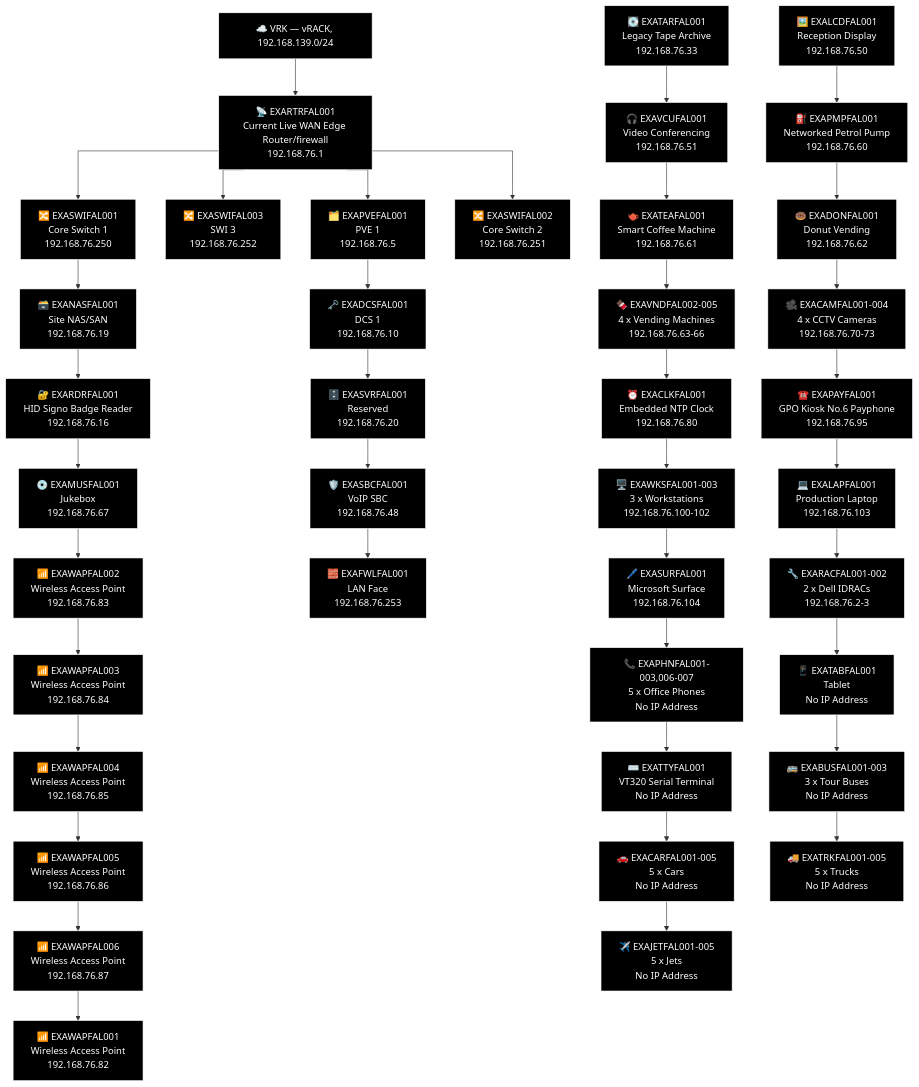
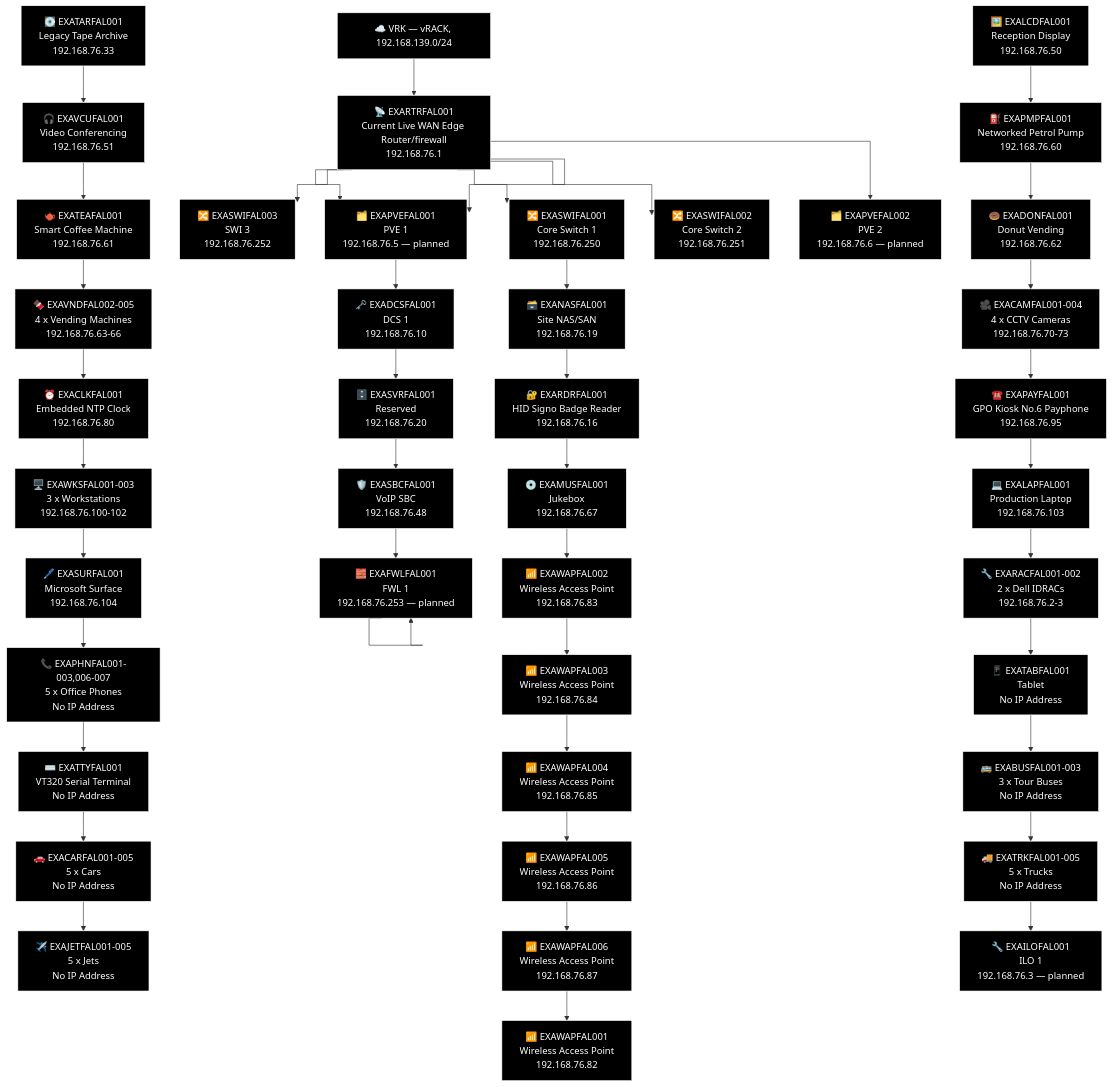
One commit to knightmare2600/example_music_infra changed the third of 21 diagrams in docs/network-diagram/scotland.md. Above: the diagram before and after it, drawn with Mermaid. The commit also changed other lines of this file and 12 other files, not shown here.

````diff
--- a/docs/network-diagram/scotland.md
+++ b/docs/network-diagram/scotland.md
@@ -240,6 +240,10 @@
     T_RTR --> T_SWI2
     T_SWI3["🔀 EXASWIFAL002<br/>Core Switch 2<br/>192.168.76.251"]
     T_RTR --> T_SWI3
+    T_PVE["🗂️ EXAPVEFAL001<br/>PVE 1<br/>192.168.76.5 — planned"]
+    T_RTR --> T_PVE
+    T_PVE2["🗂️ EXAPVEFAL002<br/>PVE 2<br/>192.168.76.6 — planned"]
+    T_RTR --> T_PVE2
     T_NAS["🗃️ EXANASFAL001<br/>Site NAS/SAN<br/>192.168.76.19"]
     T_RDR["🔐 EXARDRFAL001<br/>HID Signo Badge Reader<br/>192.168.76.16"]
     T_MUS["💿 EXAMUSFAL001<br/>Jukebox<br/>192.168.76.67"]
@@ -254,7 +258,8 @@
     T_SVR["🗄️ EXASVRFAL001<br/>Reserved<br/>192.168.76.20"]
     T_SBC["🛡️ EXASBCFAL001<br/>VoIP SBC<br/>192.168.76.48"]
     T_FWL["🧱 EXAFWLFAL001<br/>LAN Face<br/>192.168.76.253"]
-    T_PVE --> T_DCS --> T_SVR --> T_SBC --> T_FWL
+    T_FWL["🧱 EXAFWLFAL001<br/>FWL 1<br/>192.168.76.253 — planned"]
+    T_PVE --> T_DCS --> T_SVR --> T_SBC --> T_FWL --> T_FWL
     T_TAR["💽 EXATARFAL001<br/>Legacy Tape Archive<br/>192.168.76.33"]
     T_LCD["🖼️ EXALCDFAL001<br/>Reception Display<br/>192.168.76.50"]
     T_VCU["🎧 EXAVCUFAL001<br/>Video Conferencing<br/>192.168.76.51"]
@@ -276,14 +281,17 @@
     T_OTH_CAR["🚗 EXACARFAL001-005<br/>5 x Cars<br/>No IP Address"]
     T_OTH_TRK["🚚 EXATRKFAL001-005<br/>5 x Trucks<br/>No IP Address"]
     T_OTH_JET["✈️ EXAJETFAL001-005<br/>5 x Jets<br/>No IP Address"]
+    T_ILO["🔧 EXAILOFAL001<br/>ILO 1<br/>192.168.76.3 — planned"]
     T_TAR --> T_VCU --> T_TEA --> T_OTH_VND --> T_CLK --> T_OTH_WKS --> T_SUR --> T_OTH_PHN --> T_TTY --> T_OTH_CAR --> T_OTH_JET
-    T_LCD --> T_PMP --> T_DON --> T_OTH_CAM --> T_PAY --> T_LAP --> T_OTH_RAC --> T_TAB --> T_OTH_BUS --> T_OTH_TRK
+    T_LCD --> T_PMP --> T_DON --> T_OTH_CAM --> T_PAY --> T_LAP --> T_OTH_RAC --> T_TAB --> T_OTH_BUS --> T_OTH_TRK --> T_ILO
     style T_VRK fill:#000000,stroke:#FFFFFF,color:#FFFFFF
     style T_RTR fill:#000000,stroke:#FFFFFF,color:#FFFFFF
     style T_PVE fill:#000000,stroke:#FFFFFF,color:#FFFFFF
     style T_SWI fill:#000000,stroke:#FFFFFF,color:#FFFFFF
     style T_SWI2 fill:#000000,stroke:#FFFFFF,color:#FFFFFF
     style T_SWI3 fill:#000000,stroke:#FFFFFF,color:#FFFFFF
+    style T_PVE fill:#000000,stroke:#FFFFFF,color:#FFFFFF
+    style T_PVE2 fill:#000000,stroke:#FFFFFF,color:#FFFFFF
     style T_NAS fill:#000000,stroke:#FFFFFF,color:#FFFFFF
     style T_RDR fill:#000000,stroke:#FFFFFF,color:#FFFFFF
     style T_MUS fill:#000000,stroke:#FFFFFF,color:#FFFFFF
@@ -296,6 +304,7 @@
     style T_DCS fill:#000000,stroke:#FFFFFF,color:#FFFFFF
     style T_SVR fill:#000000,stroke:#FFFFFF,color:#FFFFFF
     style T_SBC fill:#000000,stroke:#FFFFFF,color:#FFFFFF
+    style T_FWL fill:#000000,stroke:#FFFFFF,color:#FFFFFF
     style T_FWL fill:#000000,stroke:#FFFFFF,color:#FFFFFF
     style T_TAR fill:#000000,stroke:#FFFFFF,color:#FFFFFF
     style T_LCD fill:#000000,stroke:#FFFFFF,color:#FFFFFF
@@ -318,5 +327,6 @@
     style T_OTH_CAR fill:#000000,stroke:#FFFFFF,color:#FFFFFF
     style T_OTH_TRK fill:#000000,stroke:#FFFFFF,color:#FFFFFF
     style T_OTH_JET fill:#000000,stroke:#FFFFFF,color:#FFFFFF
+    style T_ILO fill:#000000,stroke:#FFFFFF,color:#FFFFFF
 %% GENERATED:TOPOLOGY:FAL:END
 ```
````
